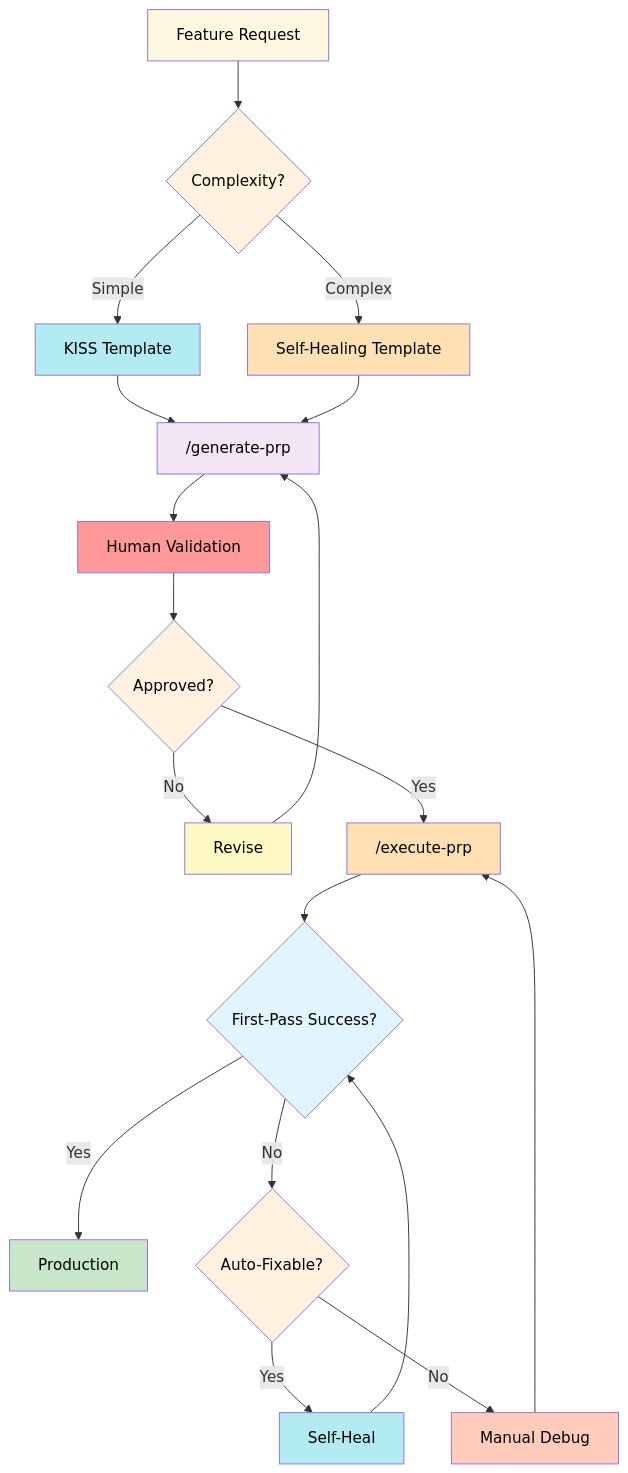
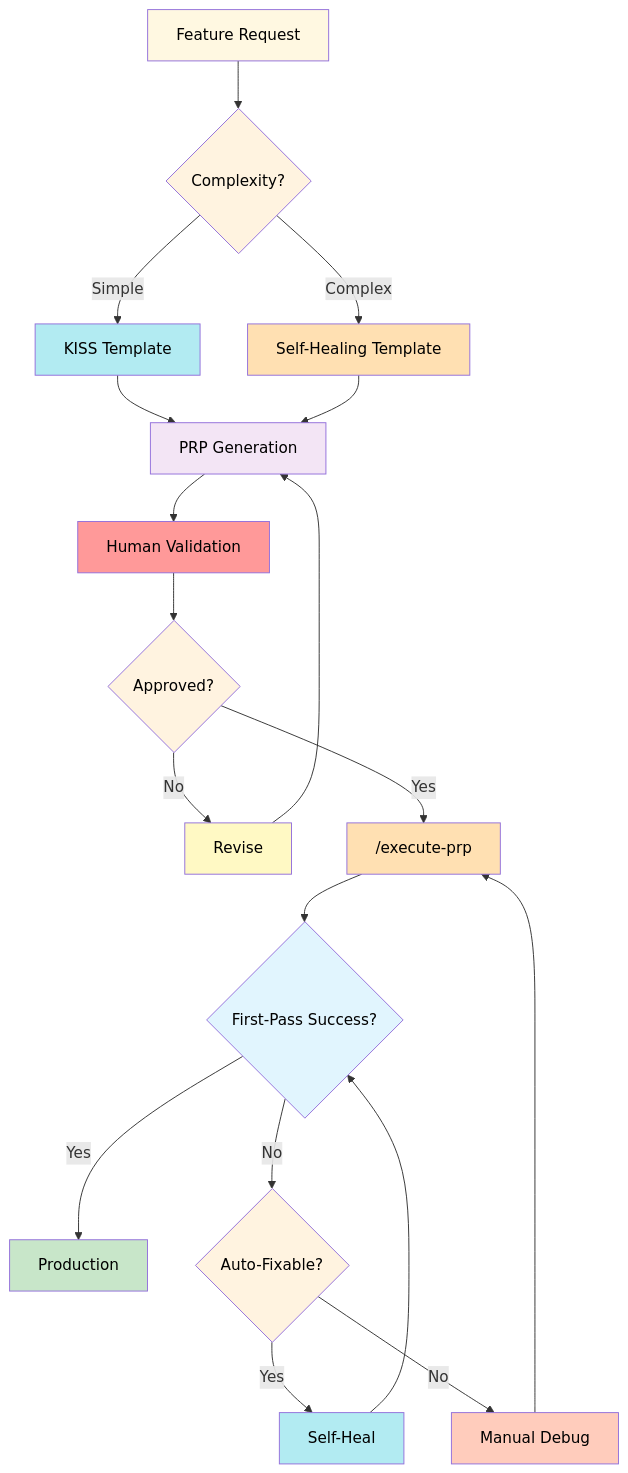
Before and after one commit to bprzybys-nc/ctx-eng-plus: diagram 13 of 13 in examples/model/SystemModel.md, drawn with Mermaid. The commit also changed other lines of this file and 3 other files, not shown here.

````diff
--- a/examples/model/SystemModel.md
+++ b/examples/model/SystemModel.md
@@ -2561,39 +2797,39 @@
 ```mermaid
 graph TD
     A["Feature Request"] --> B{"Complexity?"}
     B -->|"Simple"| C["KISS Template"]
     B -->|"Complex"| D["Self-Healing Template"]
 
-    C --> E["/generate-prp"]
+    C --> E["PRP Generation"]
     D --> E
 
     E --> F["Human Validation"]
 
     F --> G{"Approved?"}
     G -->|"No"| H["Revise"]
     H --> E
     G -->|"Yes"| I["/execute-prp"]
 
     I --> J{"First-Pass Success?"}
     J -->|"Yes"| K["Production"]
     J -->|"No"| L{"Auto-Fixable?"}
     L -->|"Yes"| M["Self-Heal"]
     L -->|"No"| N["Manual Debug"]
     M --> J
     N --> I
 
     style A fill:#fff8e1,color:#000
     style B fill:#fff3e0,color:#000
     style C fill:#b2ebf2,color:#000
     style D fill:#ffe0b2,color:#000
     style E fill:#f3e5f5,color:#000
     style F fill:#ff9999,color:#000
     style G fill:#fff3e0,color:#000
     style H fill:#fff9c4,color:#000
     style I fill:#ffe0b2,color:#000
     style J fill:#e1f5fe,color:#000
     style K fill:#c8e6c9,color:#000
     style L fill:#fff3e0,color:#000
     style M fill:#b2ebf2,color:#000
     style N fill:#ffccbc,color:#000
 ```
````
